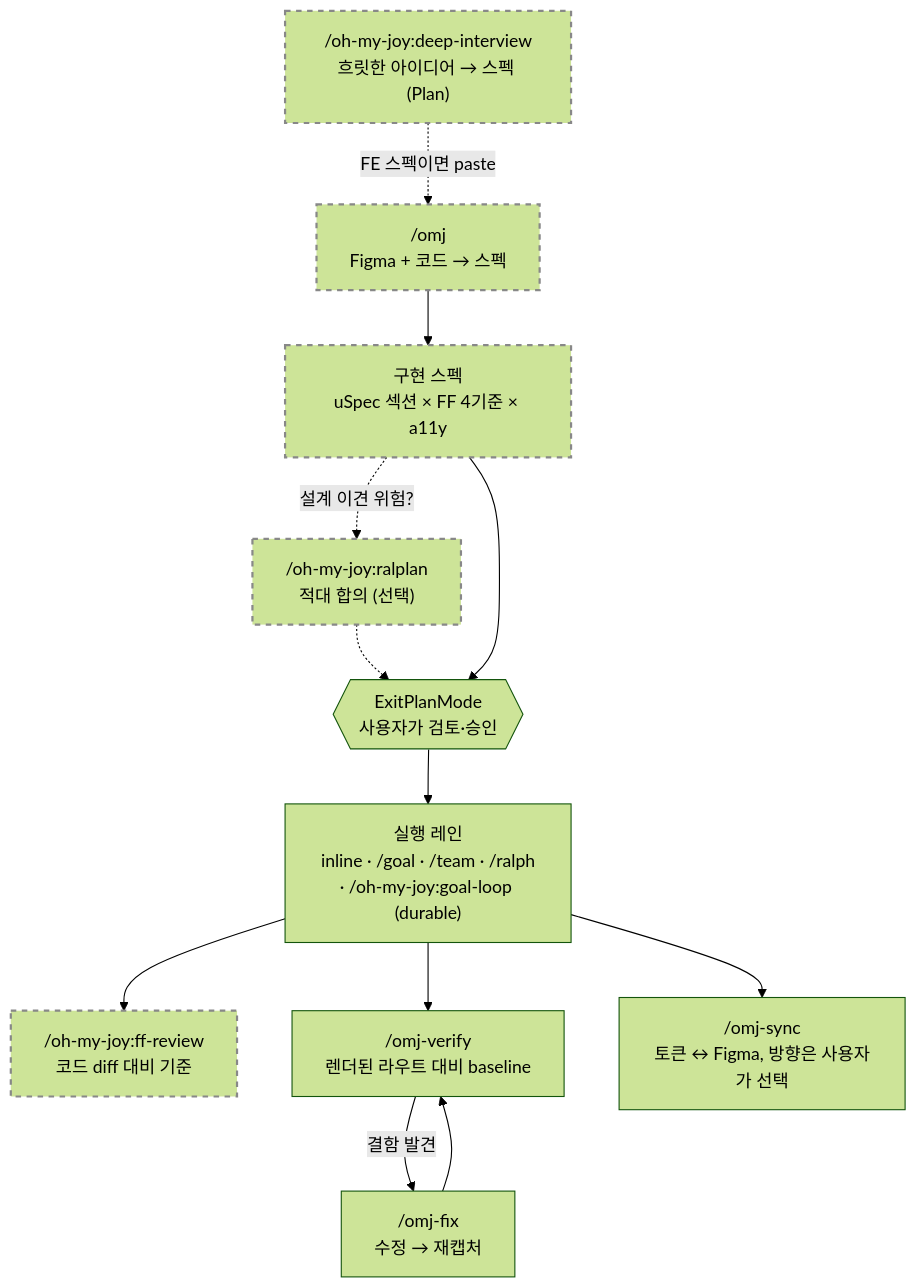
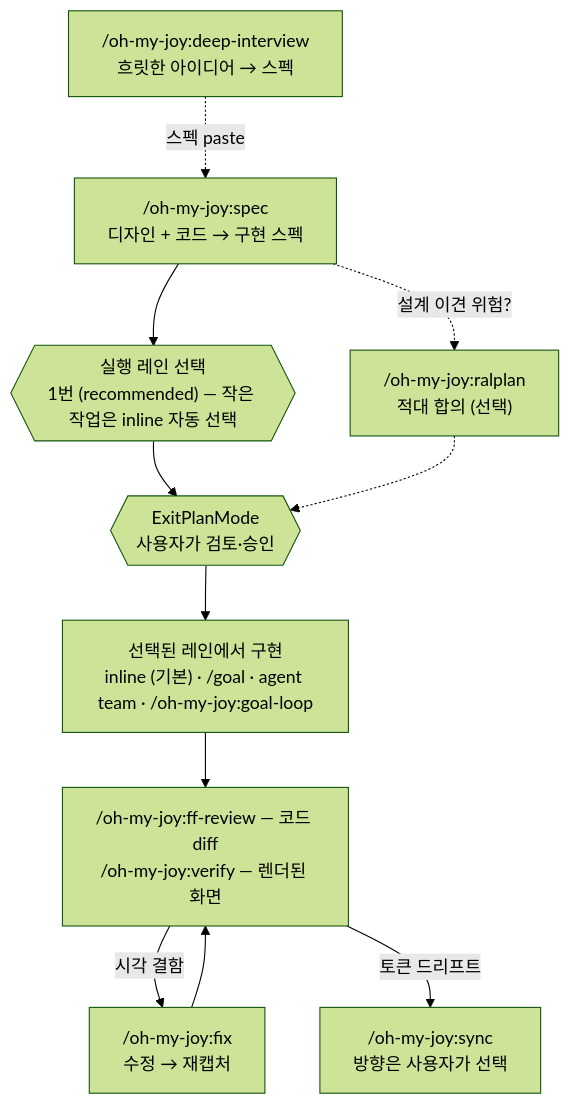
One commit to S-jooyoung/oh-my-joy changed the diagram in README.ko.md. Above: the diagram before and after it, drawn with Mermaid (forest theme). The commit also changed other lines of this file and 34 other files, not shown here.

````diff
--- a/README.ko.md
+++ b/README.ko.md
@@ -28,16 +55,13 @@
 ```mermaid
 flowchart TD
-    DI["/oh-my-joy:deep-interview<br/>흐릿한 아이디어 → 스펙 (Plan)"]:::readonly -.->|"FE 스펙이면 paste"| A
-    A["/omj<br/>Figma + 코드 → 스펙"]:::readonly --> B["구현 스펙<br/>uSpec 섹션 × FF 4기준 × a11y"]:::readonly
-    B -.->|"설계 이견 위험?"| R["/oh-my-joy:ralplan<br/>적대 합의 (선택)"]:::readonly
-    R -.-> C
-    B --> C{{"ExitPlanMode<br/>사용자가 검토·승인"}}
-    C --> D["실행 레인<br/>inline · /goal · /team · /ralph<br/>· /oh-my-joy:goal-loop (durable)"]
-    D --> E["/oh-my-joy:ff-review<br/>코드 diff 대비 기준"]:::readonly
-    D --> F["/omj-verify<br/>렌더된 라우트 대비 baseline"]
-    F -->|결함 발견| G["/omj-fix<br/>수정 → 재캡처"]
-    G --> F
-    D --> H["/omj-sync<br/>토큰 ↔ Figma, 방향은 사용자가 선택"]
-
-    classDef readonly stroke:#888,stroke-width:2px,stroke-dasharray: 5 5;
+    DI["/oh-my-joy:deep-interview<br/>흐릿한 아이디어 → 스펙"] -.->|"스펙 paste"| S
+    S["/oh-my-joy:spec<br/>디자인 + 코드 → 구현 스펙"] --> L{{"실행 레인 선택<br/>1번 (recommended) — 작은 작업은 inline 자동 선택"}}
+    L --> P{{"ExitPlanMode<br/>사용자가 검토·승인"}}
+    S -.->|"설계 이견 위험?"| R["/oh-my-joy:ralplan<br/>적대 합의 (선택)"]
+    R -.-> P
+    P --> I["선택된 레인에서 구현<br/>inline (기본) · /goal · agent team · /oh-my-joy:goal-loop"]
+    I --> V["/oh-my-joy:ff-review — 코드 diff<br/>/oh-my-joy:verify — 렌더된 화면"]
+    V -->|"시각 결함"| F["/oh-my-joy:fix<br/>수정 → 재캡처"]
+    F --> V
+    V -->|"토큰 드리프트"| T["/oh-my-joy:sync<br/>방향은 사용자가 선택"]
 ```
````
